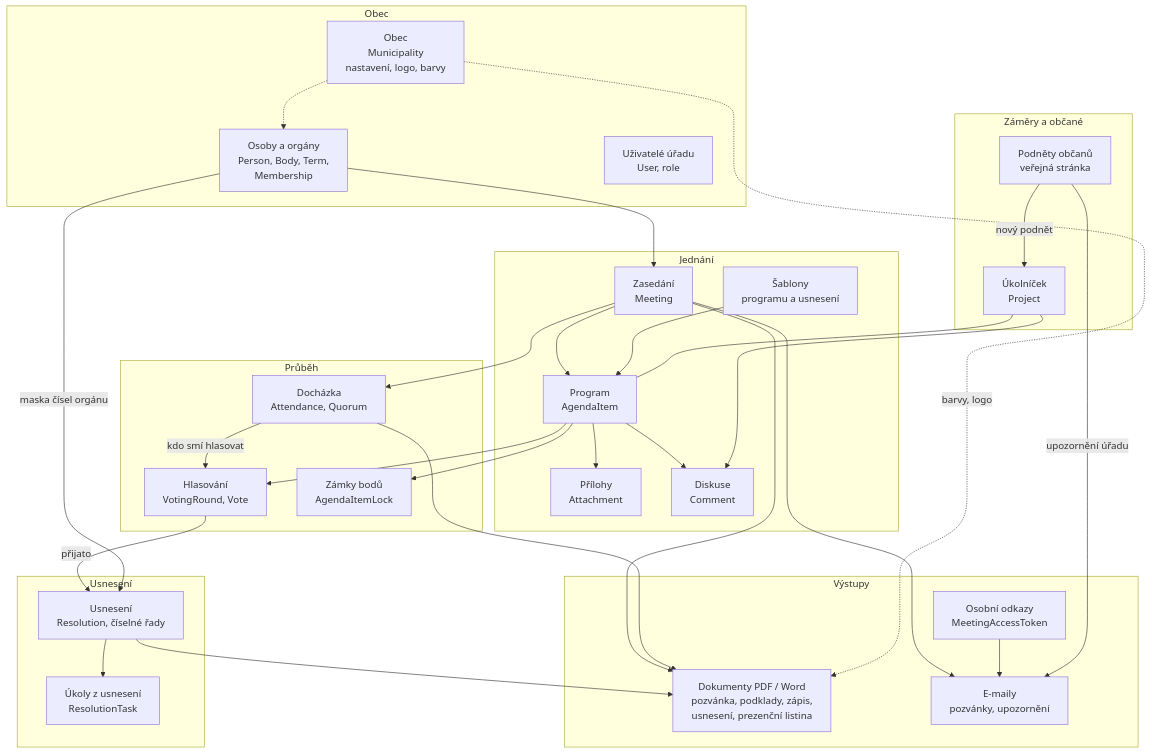
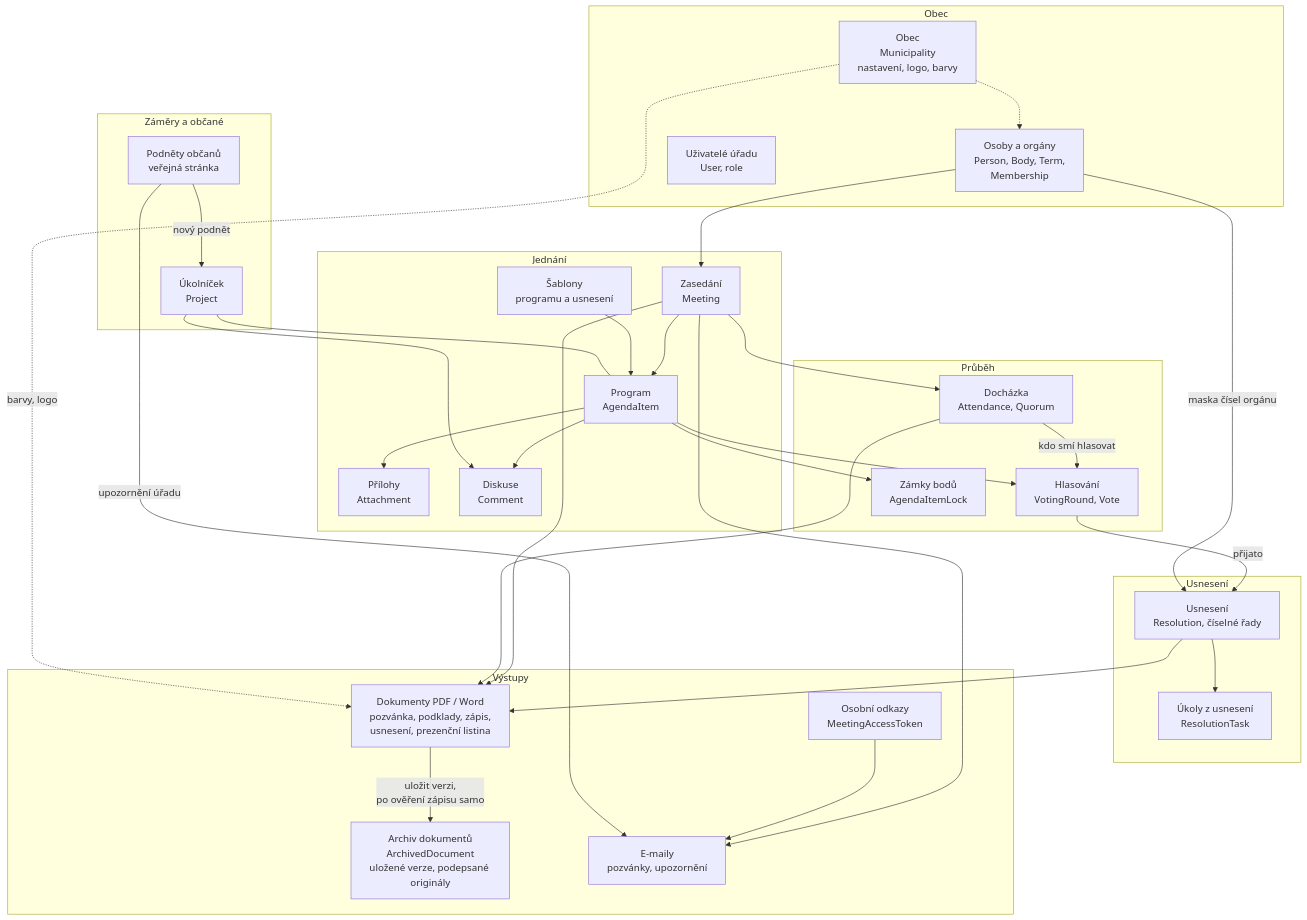
The second of 3 diagrams in doc/wiki/03-moduly-a-propojeni.md (731mat/konsel), drawn with Mermaid before and after one commit. The commit also changed other lines of this file and 22 other files, not shown here.

First line of the commit message:
T27: archiv dokumentů zasedání

````diff
--- a/doc/wiki/03-moduly-a-propojeni.md
+++ b/doc/wiki/03-moduly-a-propojeni.md
@@ -33,62 +33,64 @@
 ```mermaid
 flowchart TB
     subgraph Obec
         MUN["Obec<br/>Municipality<br/>nastavení, logo, barvy"]
         PEO["Osoby a orgány<br/>Person, Body, Term,<br/>Membership"]
         USR["Uživatelé úřadu<br/>User, role"]
     end
 
     subgraph Jednani["Jednání"]
         MEET["Zasedání<br/>Meeting"]
         AG["Program<br/>AgendaItem"]
         ATT["Přílohy<br/>Attachment"]
         COM["Diskuse<br/>Comment"]
         TPL["Šablony<br/>programu a usnesení"]
     end
 
     subgraph Prubeh["Průběh"]
         DOCH["Docházka<br/>Attendance, Quorum"]
         VOTE["Hlasování<br/>VotingRound, Vote"]
         LOCK["Zámky bodů<br/>AgendaItemLock"]
     end
 
     subgraph Usneseni["Usnesení"]
         RES["Usnesení<br/>Resolution, číselné řady"]
         TASK["Úkoly z usnesení<br/>ResolutionTask"]
     end
 
     subgraph Vystupy["Výstupy"]
         DOC["Dokumenty PDF / Word<br/>pozvánka, podklady, zápis,<br/>usnesení, prezenční listina"]
+        ARCH["Archiv dokumentů<br/>ArchivedDocument<br/>uložené verze, podepsané originály"]
         MAIL["E-maily<br/>pozvánky, upozornění"]
         ACC["Osobní odkazy<br/>MeetingAccessToken"]
     end
 
     subgraph Zamery["Záměry a občané"]
         PRJ["Úkolníček<br/>Project"]
         IDEA["Podněty občanů<br/>veřejná stránka"]
     end
 
     PEO --> MEET
     MEET --> AG
     AG --> ATT
     AG --> COM
     TPL --> AG
     MEET --> DOCH
     AG --> VOTE
     DOCH -->|kdo smí hlasovat| VOTE
     AG --> LOCK
     VOTE -->|přijato| RES
     PEO -->|maska čísel orgánu| RES
     RES --> TASK
     MEET --> DOC
     RES --> DOC
     DOCH --> DOC
+    DOC -->|uložit verzi,<br/>po ověření zápisu samo| ARCH
     MEET --> MAIL
     ACC --> MAIL
     PRJ --- AG
     PRJ --> COM
     IDEA -->|nový podnět| PRJ
     IDEA -->|upozornění úřadu| MAIL
     MUN -.-> PEO
     MUN -.->|barvy, logo| DOC
 ```
````
